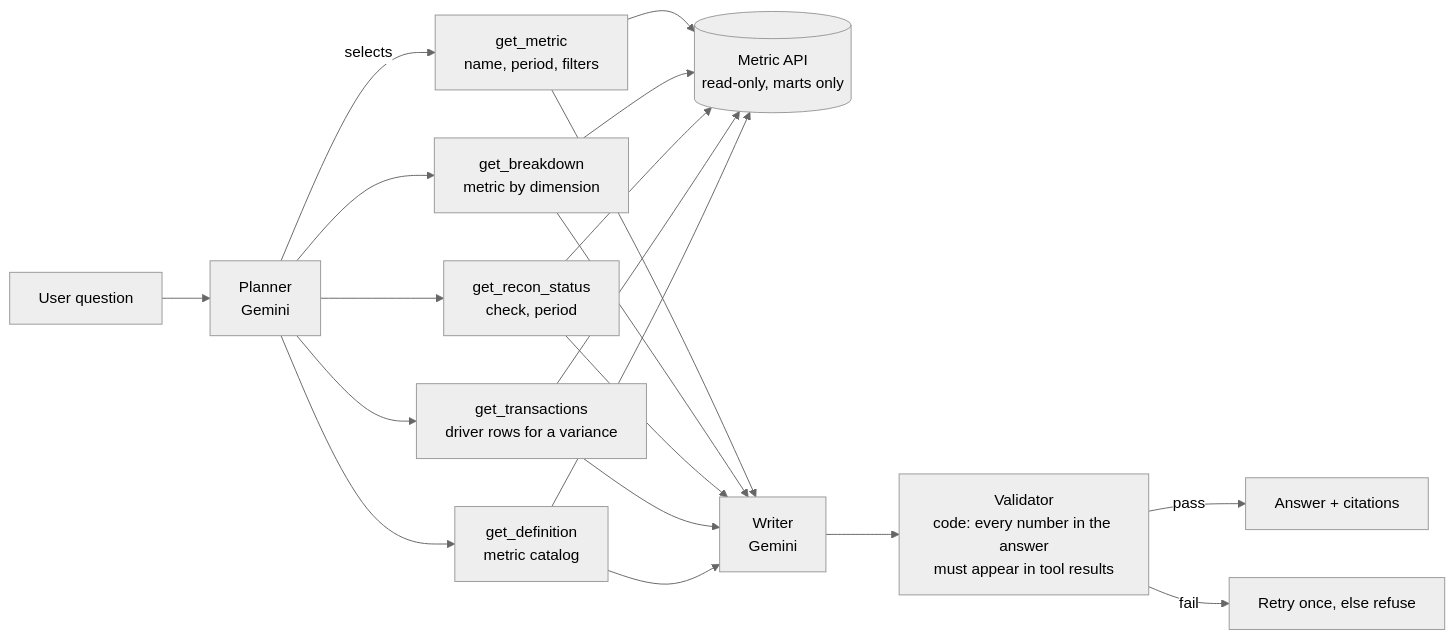
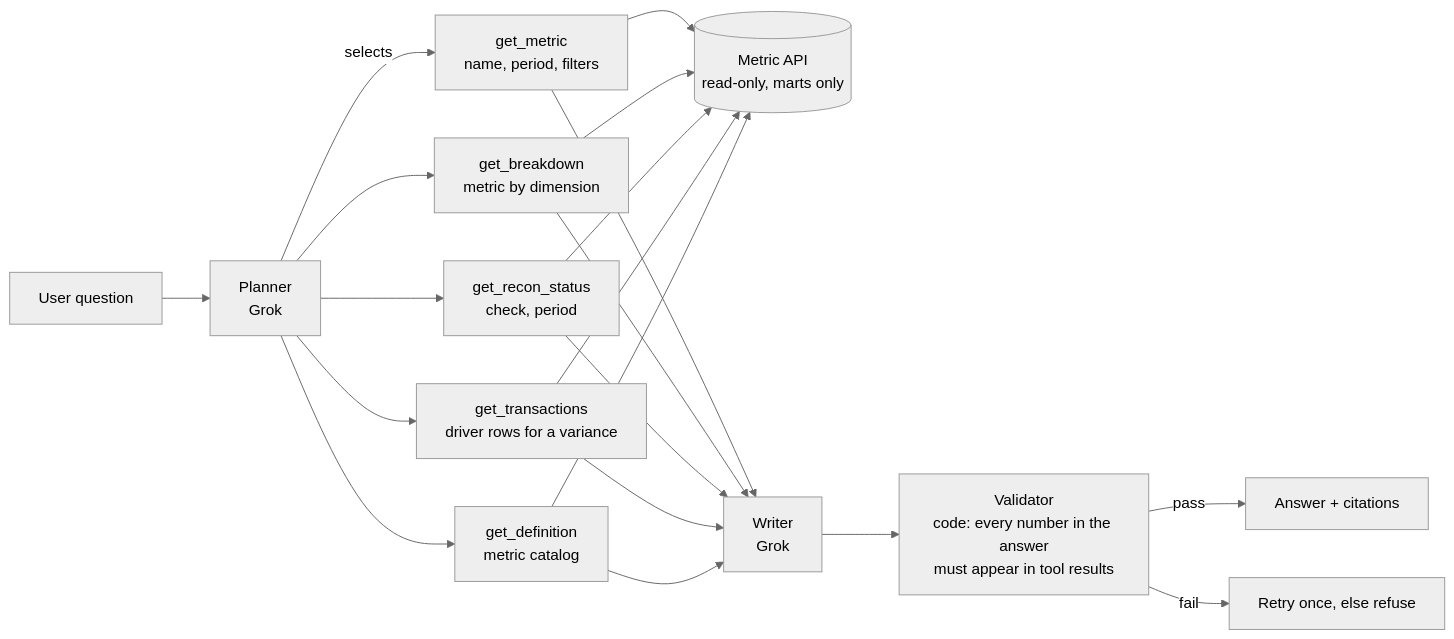
Before and after one commit to sivram04/finance-os: the seventh of 8 diagrams in docs/SYSTEM_DESIGN.md, drawn with Mermaid (neutral theme). The commit also changed other lines of this file, not shown here.

Commit message:
Design: switch LLM from Vertex AI Gemini to xAI Grok

````diff
--- a/docs/SYSTEM_DESIGN.md
+++ b/docs/SYSTEM_DESIGN.md
@@ -709,14 +709,14 @@
 ```mermaid
 flowchart LR
-  Q[User question] --> P[Planner<br/>Gemini]
+  Q[User question] --> P[Planner<br/>Grok]
   P -->|selects| T1[get_metric<br/>name, period, filters]
   P --> T2[get_breakdown<br/>metric by dimension]
   P --> T3[get_recon_status<br/>check, period]
   P --> T4[get_transactions<br/>driver rows for a variance]
   P --> T5[get_definition<br/>metric catalog]
   T1 & T2 & T3 & T4 & T5 --> MA[(Metric API<br/>read-only, marts only)]
-  T1 & T2 & T3 & T4 & T5 --> W[Writer<br/>Gemini]
+  T1 & T2 & T3 & T4 & T5 --> W[Writer<br/>Grok]
   W --> V[Validator<br/>code: every number in the answer<br/>must appear in tool results]
   V -->|pass| A[Answer + citations]
   V -->|fail| R[Retry once, else refuse]
 ```
````
